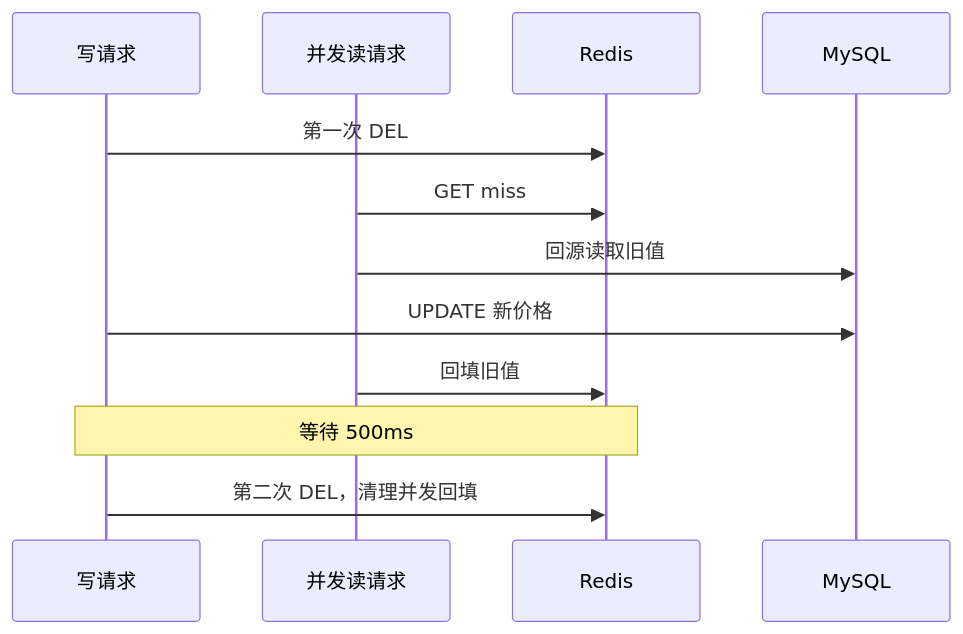
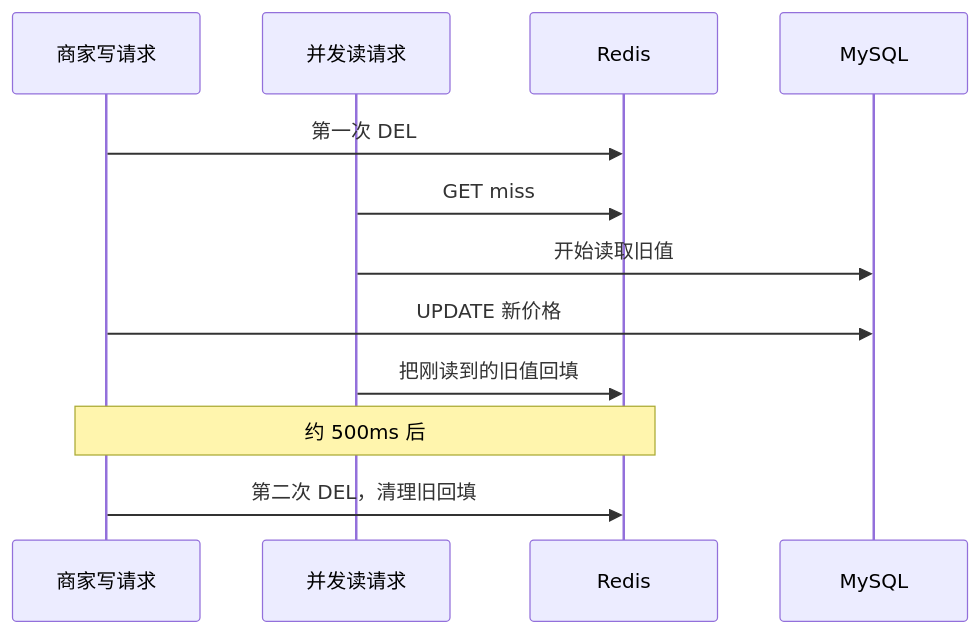
Before and after one commit to RedInn7/gomall: the third of 3 diagrams in docs/lecture/02-product-display.md, drawn with Mermaid. The commit also changed other lines of this file, not shown here.

````diff
--- a/docs/lecture/02-product-display.md
+++ b/docs/lecture/02-product-display.md
@@ -456,15 +294,15 @@
 ```mermaid
 sequenceDiagram
-    participant W as 写请求
-    participant R as 并发读请求
-    participant C as Redis
-    participant DB as MySQL
+    participant W as 商家写请求
+    participant Q as 并发读请求
+    participant R as Redis
+    participant D as MySQL
 
-    W->>C: 第一次 DEL
-    R->>C: GET miss
-    R->>DB: 回源读取旧值
-    W->>DB: UPDATE 新价格
-    R->>C: 回填旧值
-    Note over W,C: 等待 500ms
-    W->>C: 第二次 DEL，清理并发回填
+    W->>R: 第一次 DEL
+    Q->>R: GET miss
+    Q->>D: 开始读取旧值
+    W->>D: UPDATE 新价格
+    Q->>R: 把刚读到的旧值回填
+    Note over W,R: 约 500ms 后
+    W->>R: 第二次 DEL，清理旧回填
 ```
````
